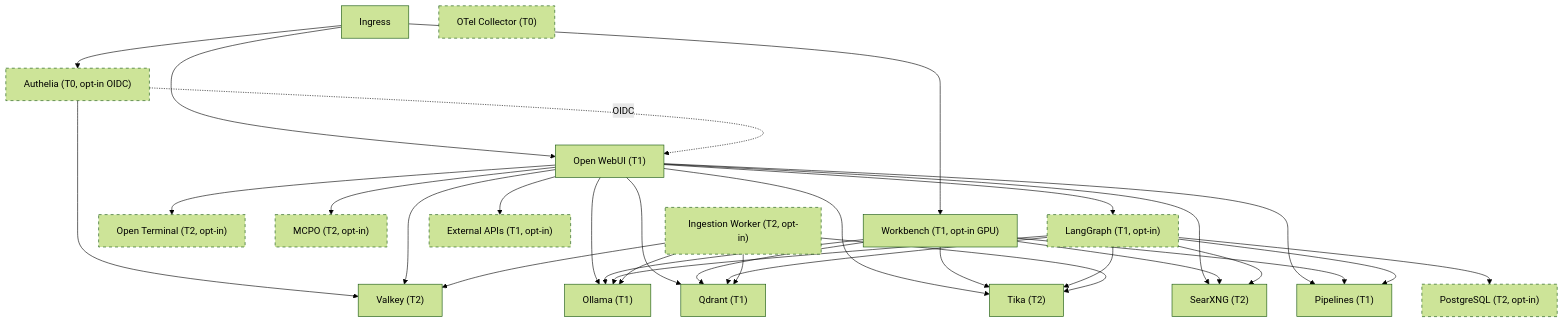
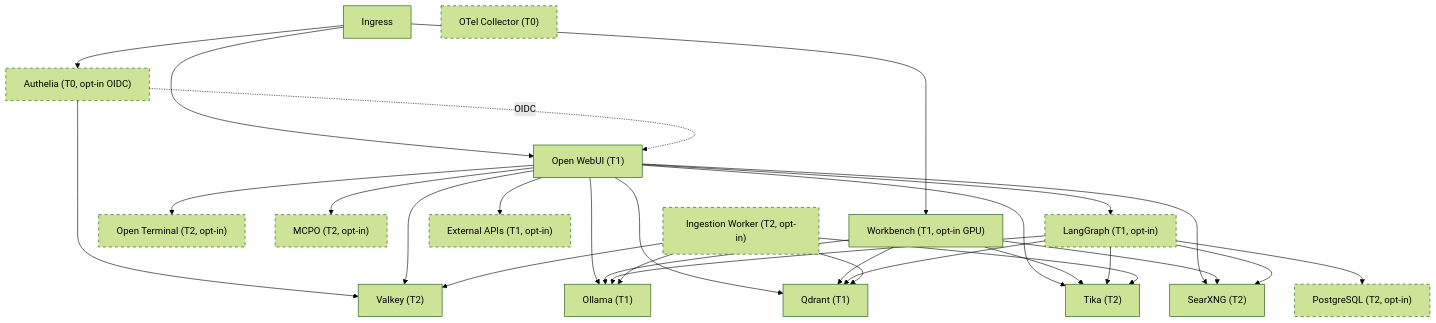
Before and after one commit to rmednitzer/ai-stack: the diagram in README.md, drawn with Mermaid (forest theme). The commit also changed other lines of this file and 11 other files, not shown here.

````diff
--- a/README.md
+++ b/README.md
@@ -14,50 +14,47 @@
 ```mermaid
 graph TD
   Ingress --> Authelia["Authelia (T0, opt-in OIDC)"]
   Ingress --> OpenWebUI["Open WebUI (T1)"]
   Ingress --> Workbench["Workbench (T1, opt-in GPU)"]
 
   Authelia --> Valkey["Valkey (T2)"]
   Authelia -.->|OIDC| OpenWebUI
 
   OpenWebUI --> Ollama["Ollama (T1)"]
   OpenWebUI --> Qdrant["Qdrant (T1)"]
   OpenWebUI --> Tika["Tika (T2)"]
   OpenWebUI --> SearXNG["SearXNG (T2)"]
   OpenWebUI --> Valkey
-  OpenWebUI --> Pipelines["Pipelines (T1)"]
 
   Workbench --> Ollama
   Workbench --> Qdrant
-  Workbench --> Pipelines
   Workbench --> Tika
   Workbench --> SearXNG
 
   OpenWebUI --> OpenTerminal["Open Terminal (T2, opt-in)"]
   OpenWebUI --> MCPO["MCPO (T2, opt-in)"]
   OpenWebUI --> LangGraph["LangGraph (T1, opt-in)"]
   OpenWebUI --> ExternalAPIs["External APIs (T1, opt-in)"]
 
   LangGraph --> Ollama
   LangGraph --> Qdrant
   LangGraph --> Tika
   LangGraph --> SearXNG
-  LangGraph --> Pipelines
   LangGraph --> Postgres["PostgreSQL (T2, opt-in)"]
 
   IngestionWorker["Ingestion Worker (T2, opt-in)"] --> Valkey
   IngestionWorker --> Tika
   IngestionWorker --> Ollama
   IngestionWorker --> Qdrant
 
   OTel["OTel Collector (T0)"]
 
   style OTel stroke-dasharray: 5 5
   style Authelia stroke-dasharray: 5 5
   style OpenTerminal stroke-dasharray: 5 5
   style MCPO stroke-dasharray: 5 5
   style LangGraph stroke-dasharray: 5 5
   style Postgres stroke-dasharray: 5 5
   style ExternalAPIs stroke-dasharray: 5 5
   style IngestionWorker stroke-dasharray: 5 5
 ```
````
